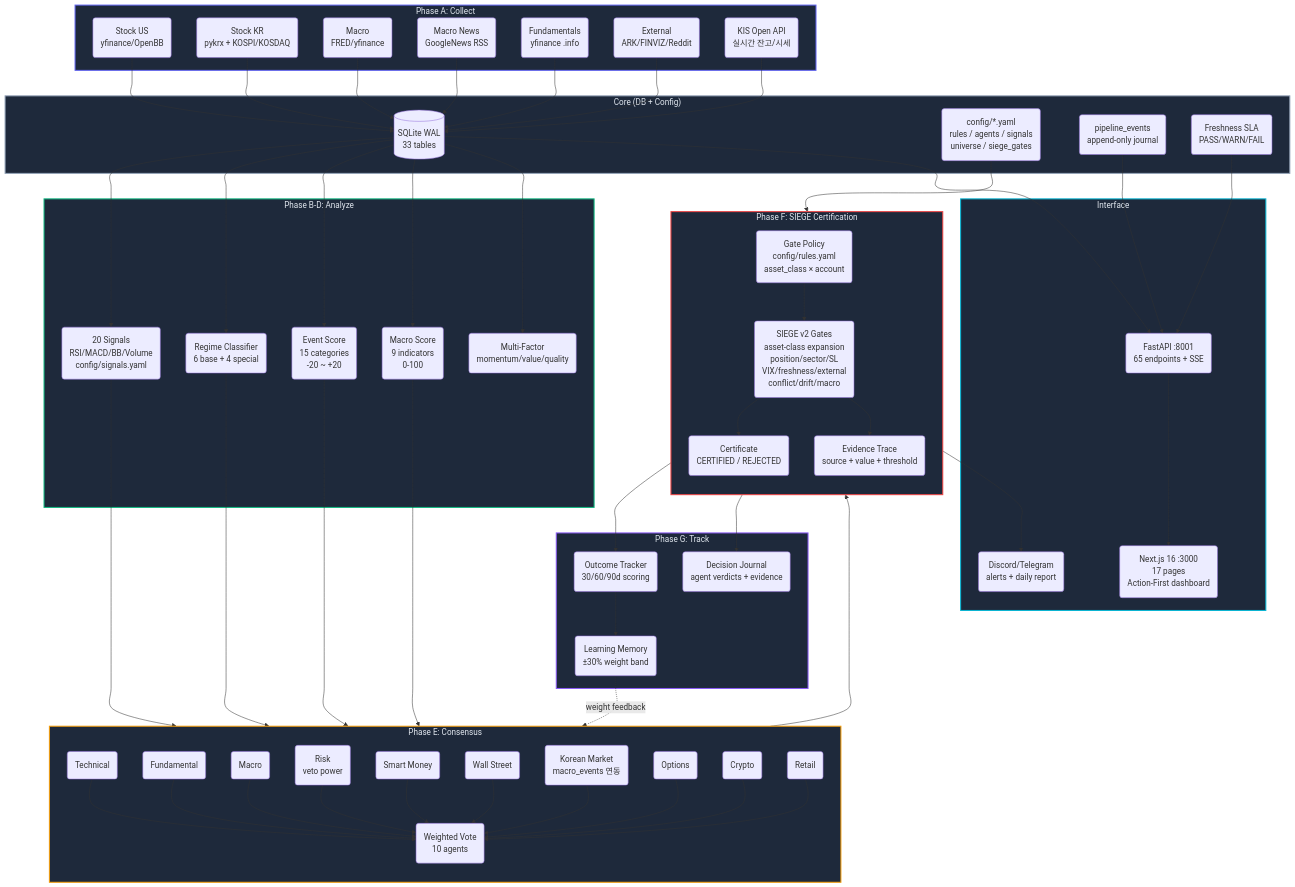
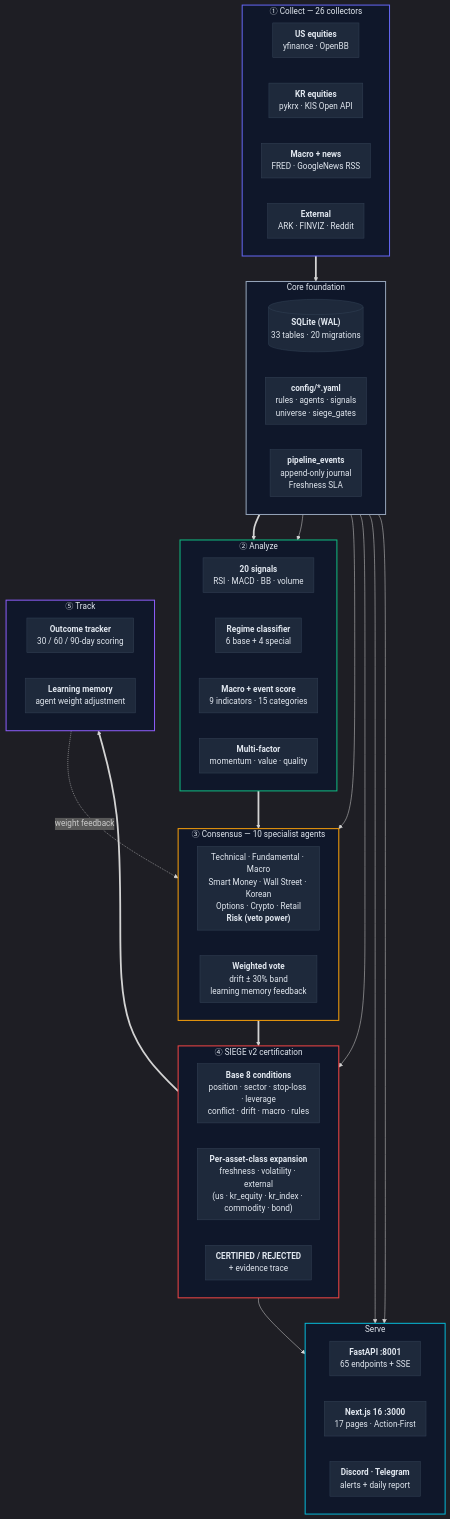
Before and after one commit to researcherhojin/nuri-quant: the diagram in README.md, drawn with Mermaid.

````diff
--- a/README.md
+++ b/README.md
@@ -19,122 +21,87 @@
 ```mermaid
-%%{ init: { 'flowchart': { 'curve': 'catmullRom' } } }%%
+%%{ init: { 'theme': 'dark', 'flowchart': { 'curve': 'basis', 'padding': 10 } } }%%
 flowchart TD
 
-  subgraph Collect["Phase A: Collect"]
-    StockUS("Stock US\nyfinance/OpenBB")
-    StockKR("Stock KR\npykrx + KOSPI/KOSDAQ")
-    MacroCol("Macro\nFRED/yfinance")
-    MacroNews("Macro News\nGoogleNews RSS")
-    FundCol("Fundamentals\nyfinance .info")
-    ExtCol("External\nARK/FINVIZ/Reddit")
-    KIS("KIS Open API\n실시간 잔고/시세")
+  %% ───── ① Collect ─────
+  subgraph COLLECT["① Collect — 26 collectors"]
+    direction LR
+    C1["<b>US equities</b><br/>yfinance · OpenBB"]
+    C2["<b>KR equities</b><br/>pykrx · KIS Open API"]
+    C3["<b>Macro + news</b><br/>FRED · GoogleNews RSS"]
+    C4["<b>External</b><br/>ARK · FINVIZ · Reddit"]
   end
 
-  subgraph Core["Core (DB + Config)"]
-    DB[("SQLite WAL\n33 tables")]
-    Config("config/*.yaml\nrules / agents / signals\nuniverse / siege_gates")
-    Events("pipeline_events\nappend-only journal")
-    Freshness("Freshness SLA\nPASS/WARN/FAIL")
+  %% ───── Core ─────
+  subgraph CORE["Core foundation"]
+    direction LR
+    DB[("<b>SQLite (WAL)</b><br/>33 tables · 20 migrations")]
+    CFG["<b>config/*.yaml</b><br/>rules · agents · signals<br/>universe · siege_gates"]
+    EVT["<b>pipeline_events</b><br/>append-only journal<br/>Freshness SLA"]
   end
 
-  subgraph Analyze["Phase B-D: Analyze"]
-    Signals("20 Signals\nRSI/MACD/BB/Volume\nconfig/signals.yaml")
-    Regime("Regime Classifier\n6 base + 4 special")
-    EventScore("Event Score\n15 categories\n-20 ~ +20")
-    MacroScore("Macro Score\n9 indicators\n0-100")
-    Factors("Multi-Factor\nmomentum/value/quality")
+  %% ───── ② Analyze ─────
+  subgraph ANALYZE["② Analyze"]
+    direction LR
+    SIG["<b>20 signals</b><br/>RSI · MACD · BB · volume"]
+    REG["<b>Regime classifier</b><br/>6 base + 4 special"]
+    SCR["<b>Macro + event score</b><br/>9 indicators · 15 categories"]
+    FAC["<b>Multi-factor</b><br/>momentum · value · quality"]
   end
 
-  subgraph Consensus["Phase E: Consensus"]
-    direction TB
-    Tech("Technical")
-    Fund("Fundamental")
-    Macro("Macro")
-    Risk("Risk\nveto power")
-    SmartMoney("Smart Money")
-    WallSt("Wall Street")
-    Korean("Korean Market\nmacro_events 연동")
-    Options("Options")
-    Crypto("Crypto")
-    Retail("Retail")
-    ConsEngine("Weighted Vote\n10 agents")
+  %% ───── ③ Consensus ─────
+  subgraph CONSENSUS["③ Consensus — 10 specialist agents"]
+    direction LR
+    AGENTS["Technical · Fundamental · Macro<br/>Smart Money · Wall Street · Korean<br/>Options · Crypto · Retail<br/><b>Risk (veto power)</b>"]
+    VOTE["<b>Weighted vote</b><br/>drift ± 30% band<br/>learning memory feedback"]
   end
 
-  subgraph SIEGE["Phase F: SIEGE Certification"]
-    direction TB
-    GatePolicy("Gate Policy\nconfig/rules.yaml\nasset_class × account")
-    Gates("SIEGE v2 Gates\nasset-class expansion\nposition/sector/SL\nVIX/freshness/external\nconflict/drift/macro")
-    Cert("Certificate\nCERTIFIED / REJECTED")
-    Evidence("Evidence Trace\nsource + value + threshold")
+  %% ───── ④ SIEGE v2 ─────
+  subgraph SIEGE["④ SIEGE v2 certification"]
+    direction LR
+    BASE["<b>Base 8 conditions</b><br/>position · sector · stop-loss · leverage<br/>conflict · drift · macro · rules"]
+    EXP["<b>Per-asset-class expansion</b><br/>freshness · volatility · external<br/>(us · kr_equity · kr_index · commodity · bond)"]
+    RES["<b>CERTIFIED / REJECTED</b><br/>+ evidence trace"]
   end
 
-  subgraph Track["Phase G: Track"]
-    Tracker("Outcome Tracker\n30/60/90d scoring")
-    Memory("Learning Memory\n±30% weight band")
-    Decisions("Decision Journal\nagent verdicts + evidence")
+  %% ───── ⑤ Track ─────
+  subgraph TRACK["⑤ Track"]
+    direction LR
+    OUT["<b>Outcome tracker</b><br/>30 / 60 / 90-day scoring"]
+    MEM["<b>Learning memory</b><br/>agent weight adjustment"]
   end
 
-  subgraph Serve["Interface"]
-    API("FastAPI :8001\n65 endpoints + SSE")
-    Dashboard("Next.js 16 :3000\n17 pages\nAction-First dashboard")
-    Discord("Discord/Telegram\nalerts + daily report")
+  %% ───── Serve ─────
+  subgraph SERVE["Serve"]
+    direction LR
+    API["<b>FastAPI :8001</b><br/>65 endpoints + SSE"]
+    UI["<b>Next.js 16 :3000</b><br/>17 pages · Action-First"]
+    ALR["<b>Discord · Telegram</b><br/>alerts + daily report"]
   end
 
-  %% Collect → DB
-  StockUS --> DB
-  StockKR --> DB
-  MacroCol --> DB
-  MacroNews --> DB
-  FundCol --> DB
-  ExtCol --> DB
-  KIS --> DB
+  %% ───── flow ─────
+  COLLECT ==> DB
+  DB ==> ANALYZE
+  CFG --> ANALYZE
+  CFG --> CONSENSUS
+  CFG --> SIEGE
+  ANALYZE ==> CONSENSUS
+  CONSENSUS ==> SIEGE
+  SIEGE ==> TRACK
+  TRACK -.->|weight feedback| CONSENSUS
 
-  %% DB → Analyze
-  DB --> Signals
-  DB --> Regime
-  DB --> EventScore
-  DB --> MacroScore
-  DB --> Factors
+  DB --> SERVE
+  SIEGE --> ALR
+  EVT --> API
 
-  %% Analyze → Consensus
-  Signals --> ConsEngine
-  Regime --> ConsEngine
-  MacroScore --> ConsEngine
-  EventScore --> Korean
-  Tech --> ConsEngine
-  Fund --> ConsEngine
-  Macro --> ConsEngine
-  Risk --> ConsEngine
-  SmartMoney --> ConsEngine
-  WallSt --> ConsEngine
-  Korean --> ConsEngine
-  Options --> ConsEngine
-  Crypto --> ConsEngine
-  Retail --> ConsEngine
+  %% ───── styling ─────
+  style COLLECT    fill:#0f172a,stroke:#6366f1,color:#e2e8f0,stroke-width:2px
+  style CORE       fill:#0f172a,stroke:#94a3b8,color:#e2e8f0,stroke-width:2px
+  style ANALYZE    fill:#0f172a,stroke:#10b981,color:#e2e8f0,stroke-width:2px
+  style CONSENSUS  fill:#0f172a,stroke:#f59e0b,color:#e2e8f0,stroke-width:2px
+  style SIEGE      fill:#0f172a,stroke:#ef4444,color:#e2e8f0,stroke-width:2px
+  style TRACK      fill:#0f172a,stroke:#8b5cf6,color:#e2e8f0,stroke-width:2px
+  style SERVE      fill:#0f172a,stroke:#06b6d4,color:#e2e8f0,stroke-width:2px
 
-  %% Consensus → SIEGE
-  ConsEngine --> Gates
-  Config --> GatePolicy --> Gates
-  Gates --> Cert
-  Gates --> Evidence
-
-  %% SIEGE → Track
-  Cert --> Tracker
-  Evidence --> Decisions
-  Tracker --> Memory
-  Memory -.->|weight feedback| ConsEngine
-
-  %% Serve
-  DB --> API --> Dashboard
-  Cert --> Discord
-  Events --> API
-  Freshness --> API
-
-  style Collect fill:#1e293b,stroke:#6366f1,color:#e2e8f0,stroke-width:2px
-  style Core fill:#1e293b,stroke:#94a3b8,color:#e2e8f0,stroke-width:2px
-  style Analyze fill:#1e293b,stroke:#10b981,color:#e2e8f0,stroke-width:2px
-  style Consensus fill:#1e293b,stroke:#f59e0b,color:#e2e8f0,stroke-width:2px
-  style SIEGE fill:#1e293b,stroke:#ef4444,color:#e2e8f0,stroke-width:2px
-  style Track fill:#1e293b,stroke:#8b5cf6,color:#e2e8f0,stroke-width:2px
-  style Serve fill:#1e293b,stroke:#06b6d4,color:#e2e8f0,stroke-width:2px
+  classDef node fill:#1e293b,stroke:#334155,color:#e2e8f0,stroke-width:1px;
+  class C1,C2,C3,C4,DB,CFG,EVT,SIG,REG,SCR,FAC,AGENTS,VOTE,BASE,EXP,RES,OUT,MEM,API,UI,ALR node;
 ```
````
